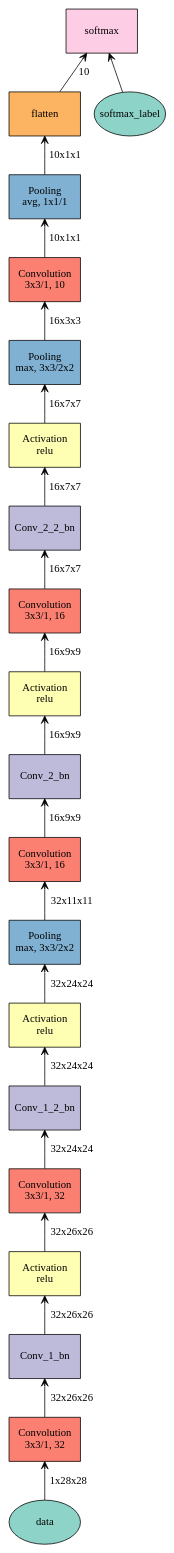
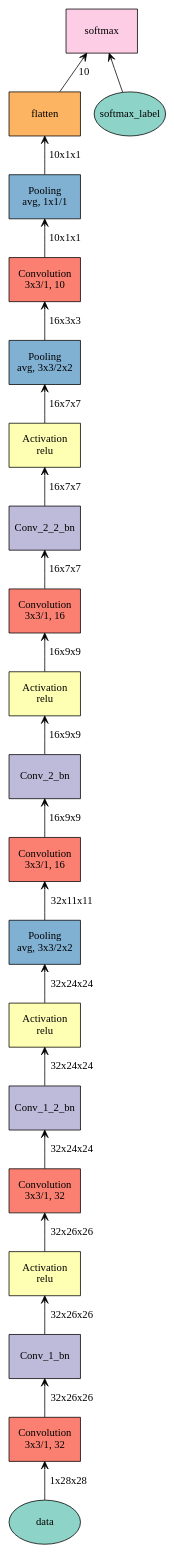
Before and after one commit to truebruce/MXnet_trial_mnist: the diagram in MNIST_trial/plot.gv, drawn with Graphviz. The commit also changed 3 other files, not shown here.

```diff
--- a/MNIST_trial/plot.gv
+++ b/MNIST_trial/plot.gv
@@ -1,41 +1,41 @@
 digraph plot {
 	data [label=data fillcolor="#8dd3c7" fixedsize=true height=0.8034 shape=oval style=filled width=1.3]
 	Conv_1 [label="Convolution\n3x3/1, 32" fillcolor="#fb8072" fixedsize=true height=0.8034 shape=box style=filled width=1.3]
 	Conv_1_bn [label=Conv_1_bn fillcolor="#bebada" fixedsize=true height=0.8034 shape=box style=filled width=1.3]
 	Conv_1_act [label="Activation\nrelu" fillcolor="#ffffb3" fixedsize=true height=0.8034 shape=box style=filled width=1.3]
 	Conv_1_2 [label="Convolution\n3x3/1, 32" fillcolor="#fb8072" fixedsize=true height=0.8034 shape=box style=filled width=1.3]
 	Conv_1_2_bn [label=Conv_1_2_bn fillcolor="#bebada" fixedsize=true height=0.8034 shape=box style=filled width=1.3]
 	Conv_1_2_act [label="Activation\nrelu" fillcolor="#ffffb3" fixedsize=true height=0.8034 shape=box style=filled width=1.3]
-	Conv_1_pooling [label="Pooling\nmax, 3x3/2x2" fillcolor="#80b1d3" fixedsize=true height=0.8034 shape=box style=filled width=1.3]
+	Conv_1_pooling [label="Pooling\navg, 3x3/2x2" fillcolor="#80b1d3" fixedsize=true height=0.8034 shape=box style=filled width=1.3]
 	Conv_2 [label="Convolution\n3x3/1, 16" fillcolor="#fb8072" fixedsize=true height=0.8034 shape=box style=filled width=1.3]
 	Conv_2_bn [label=Conv_2_bn fillcolor="#bebada" fixedsize=true height=0.8034 shape=box style=filled width=1.3]
 	Conv_2_act [label="Activation\nrelu" fillcolor="#ffffb3" fixedsize=true height=0.8034 shape=box style=filled width=1.3]
 	Conv_2_2 [label="Convolution\n3x3/1, 16" fillcolor="#fb8072" fixedsize=true height=0.8034 shape=box style=filled width=1.3]
 	Conv_2_2_bn [label=Conv_2_2_bn fillcolor="#bebada" fixedsize=true height=0.8034 shape=box style=filled width=1.3]
 	Conv_2_2_act [label="Activation\nrelu" fillcolor="#ffffb3" fixedsize=true height=0.8034 shape=box style=filled width=1.3]
-	Conv_2_pooling [label="Pooling\nmax, 3x3/2x2" fillcolor="#80b1d3" fixedsize=true height=0.8034 shape=box style=filled width=1.3]
+	Conv_2_pooling [label="Pooling\navg, 3x3/2x2" fillcolor="#80b1d3" fixedsize=true height=0.8034 shape=box style=filled width=1.3]
 	Conv_3 [label="Convolution\n3x3/1, 10" fillcolor="#fb8072" fixedsize=true height=0.8034 shape=box style=filled width=1.3]
 	Conv_3_pooling [label="Pooling\navg, 1x1/1" fillcolor="#80b1d3" fixedsize=true height=0.8034 shape=box style=filled width=1.3]
 	flatten [label=flatten fillcolor="#fdb462" fixedsize=true height=0.8034 shape=box style=filled width=1.3]
 	softmax_label [label=softmax_label fillcolor="#8dd3c7" fixedsize=true height=0.8034 shape=oval style=filled width=1.3]
 	softmax [label=softmax fillcolor="#fccde5" fixedsize=true height=0.8034 shape=box style=filled width=1.3]
 	Conv_1 -> data [label="1x28x28" arrowtail=open dir=back]
 	Conv_1_bn -> Conv_1 [label="32x26x26" arrowtail=open dir=back]
 	Conv_1_act -> Conv_1_bn [label="32x26x26" arrowtail=open dir=back]
 	Conv_1_2 -> Conv_1_act [label="32x26x26" arrowtail=open dir=back]
 	Conv_1_2_bn -> Conv_1_2 [label="32x24x24" arrowtail=open dir=back]
 	Conv_1_2_act -> Conv_1_2_bn [label="32x24x24" arrowtail=open dir=back]
 	Conv_1_pooling -> Conv_1_2_act [label="32x24x24" arrowtail=open dir=back]
 	Conv_2 -> Conv_1_pooling [label="32x11x11" arrowtail=open dir=back]
 	Conv_2_bn -> Conv_2 [label="16x9x9" arrowtail=open dir=back]
 	Conv_2_act -> Conv_2_bn [label="16x9x9" arrowtail=open dir=back]
 	Conv_2_2 -> Conv_2_act [label="16x9x9" arrowtail=open dir=back]
 	Conv_2_2_bn -> Conv_2_2 [label="16x7x7" arrowtail=open dir=back]
 	Conv_2_2_act -> Conv_2_2_bn [label="16x7x7" arrowtail=open dir=back]
 	Conv_2_pooling -> Conv_2_2_act [label="16x7x7" arrowtail=open dir=back]
 	Conv_3 -> Conv_2_pooling [label="16x3x3" arrowtail=open dir=back]
 	Conv_3_pooling -> Conv_3 [label="10x1x1" arrowtail=open dir=back]
 	flatten -> Conv_3_pooling [label="10x1x1" arrowtail=open dir=back]
 	softmax -> flatten [label=10 arrowtail=open dir=back]
 	softmax -> softmax_label [label="" arrowtail=open dir=back]
 }
```
